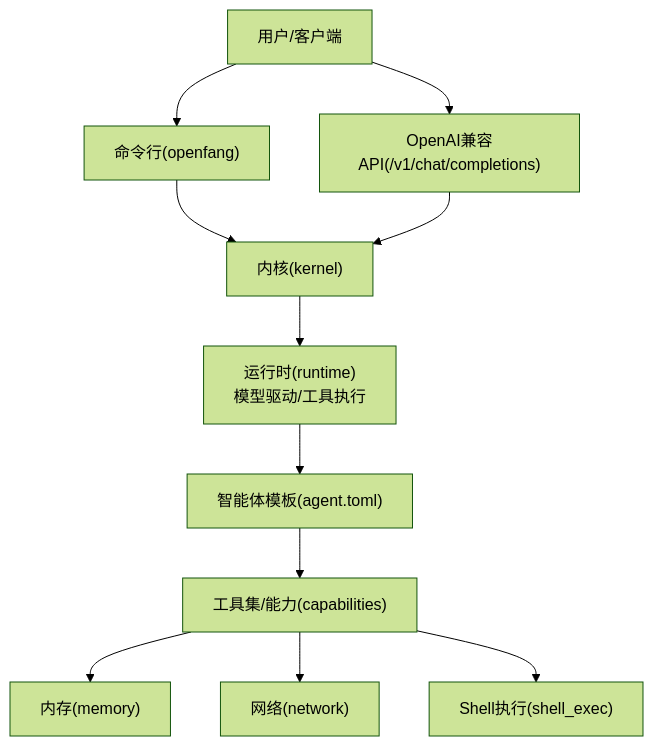
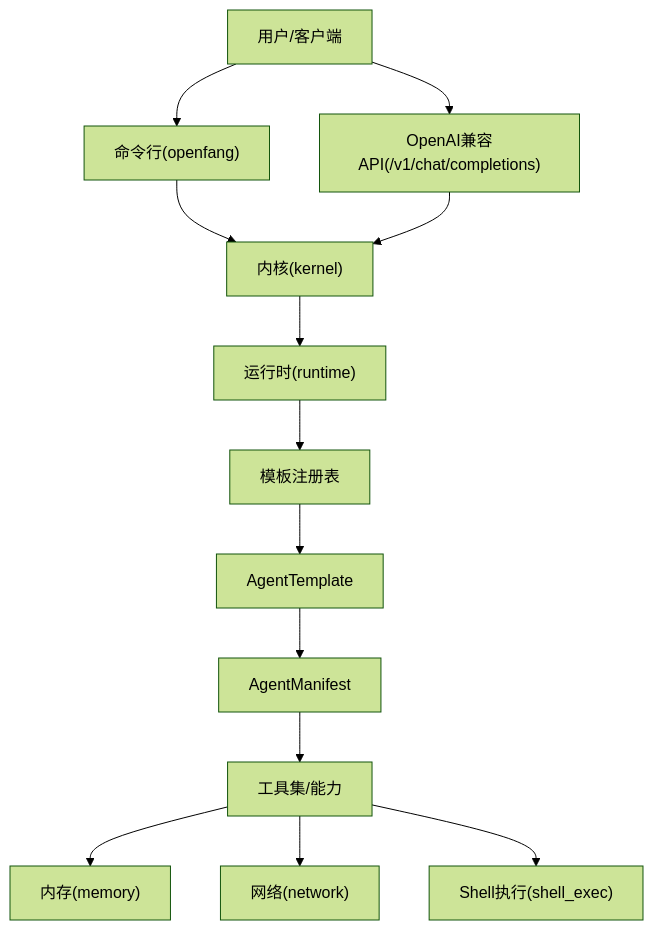
Before and after one commit to hexiaowen-bot/openfang: the third of 4 diagrams in .qoder/repowiki/zh/content/智能体开发/预构建智能体模板/预构建智能体模板.md, drawn with Mermaid (forest theme). The commit also changed other lines of this file and 65 other files, not shown here.

````diff
--- a/.qoder/repowiki/zh/content/智能体开发/预构建智能体模板/预构建智能体模板.md
+++ b/.qoder/repowiki/zh/content/智能体开发/预构建智能体模板/预构建智能体模板.md
@@ -99,13 +360,15 @@
 ```mermaid
 graph TB
 U["用户/客户端"] --> CLI["命令行(openfang)"]
 U --> API["OpenAI兼容API(/v1/chat/completions)"]
 CLI --> K["内核(kernel)"]
 API --> K
-K --> RT["运行时(runtime)<br/>模型驱动/工具执行"]
-RT --> TPL["智能体模板(agent.toml)"]
-TPL --> TOOLS["工具集/能力(capabilities)"]
+K --> RT["运行时(runtime)"]
+RT --> TR["模板注册表"]
+TR --> AT["AgentTemplate"]
+AT --> AM["AgentManifest"]
+AM --> TOOLS["工具集/能力"]
 TOOLS --> MEM["内存(memory)"]
 TOOLS --> NET["网络(network)"]
 TOOLS --> SHELL["Shell执行(shell_exec)"]
 ```
````
